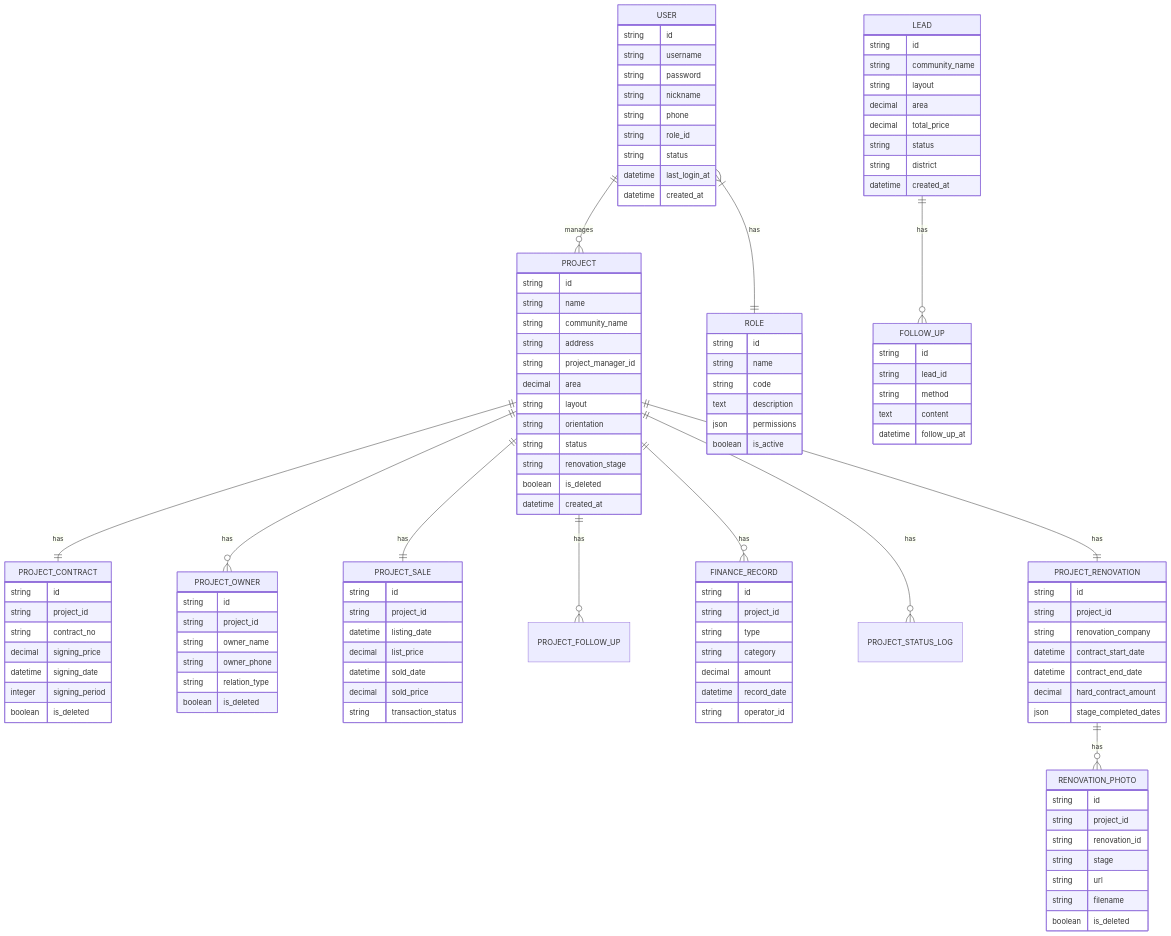
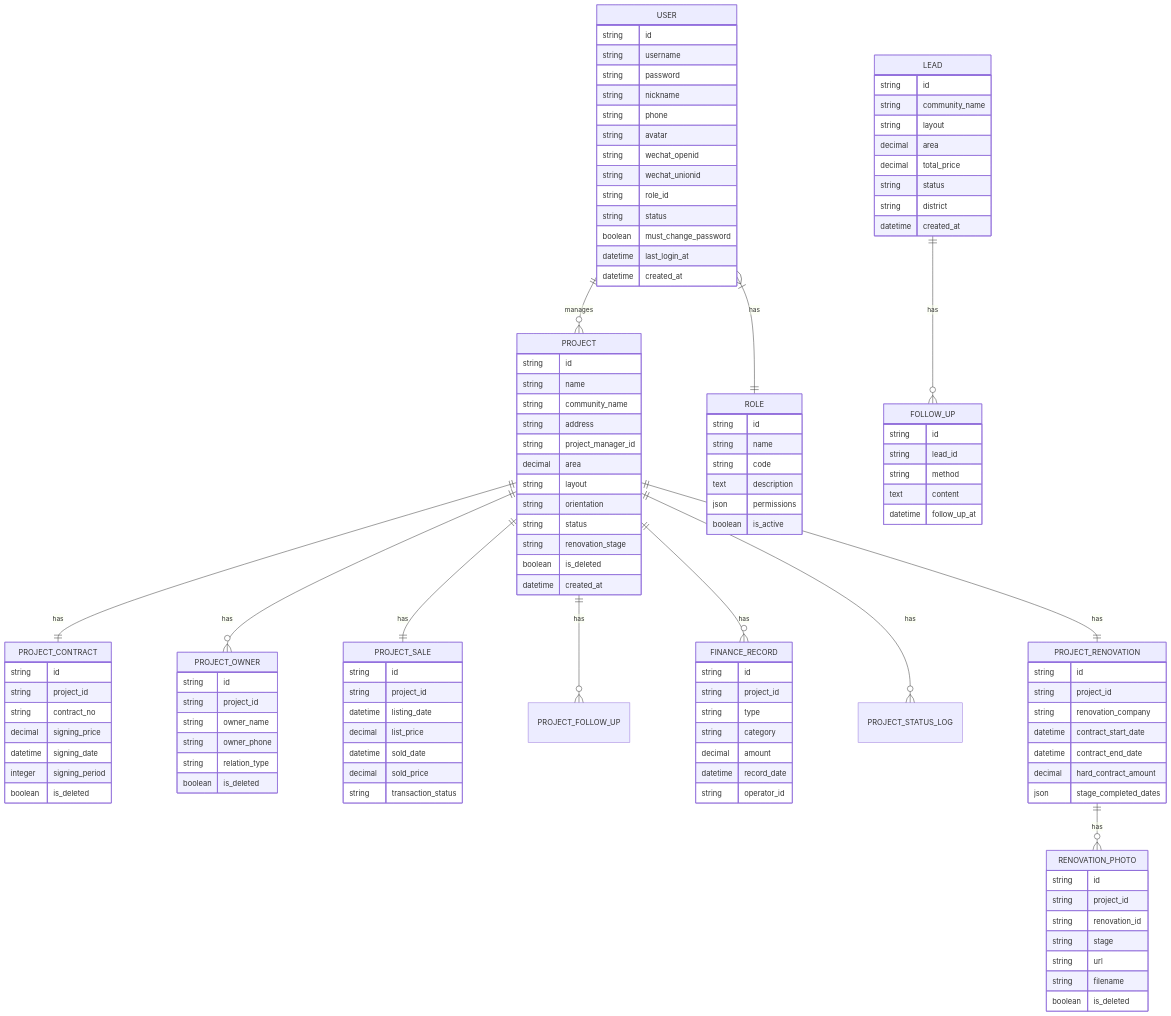
One commit to kakaoxy/profo changed the fourth of 8 diagrams in README.md. Above: the diagram before and after it, drawn with Mermaid. The commit also changed other lines of this file, not shown here.

```diff
--- a/README.md
+++ b/README.md
@@ -729,8 +751,12 @@
         string password
         string nickname
         string phone
+        string avatar
+        string wechat_openid
+        string wechat_unionid
         string role_id
         string status
+        boolean must_change_password
         datetime last_login_at
         datetime created_at
     }
```
